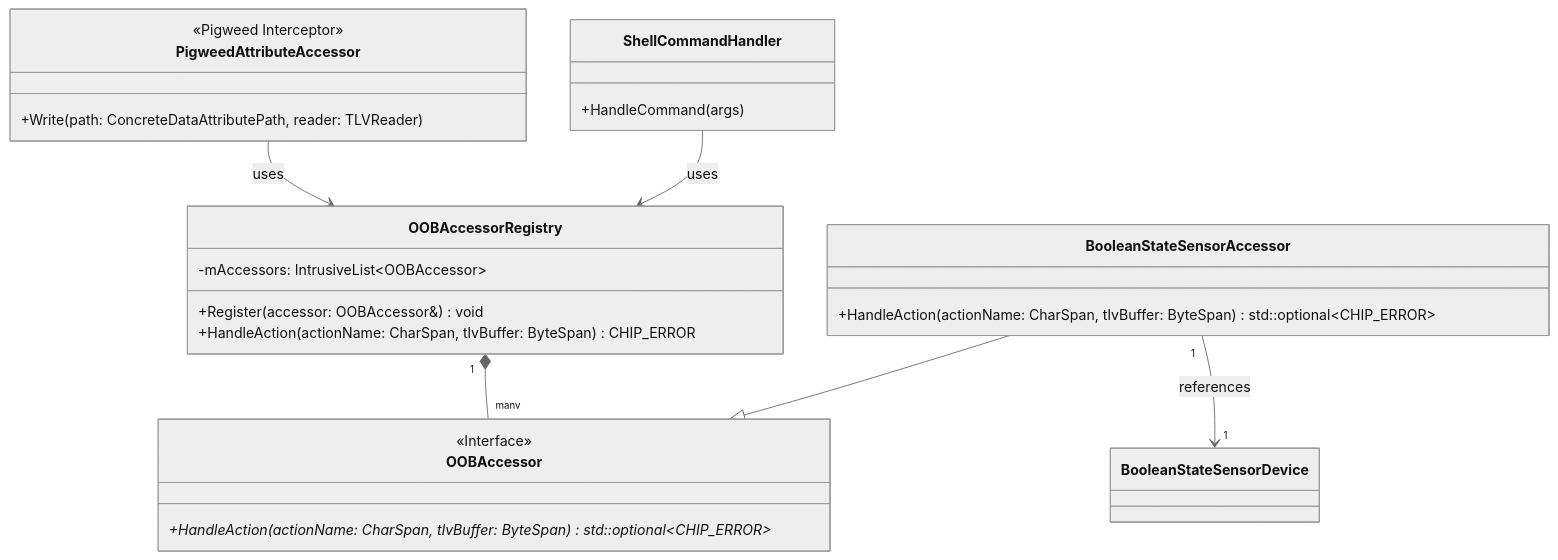
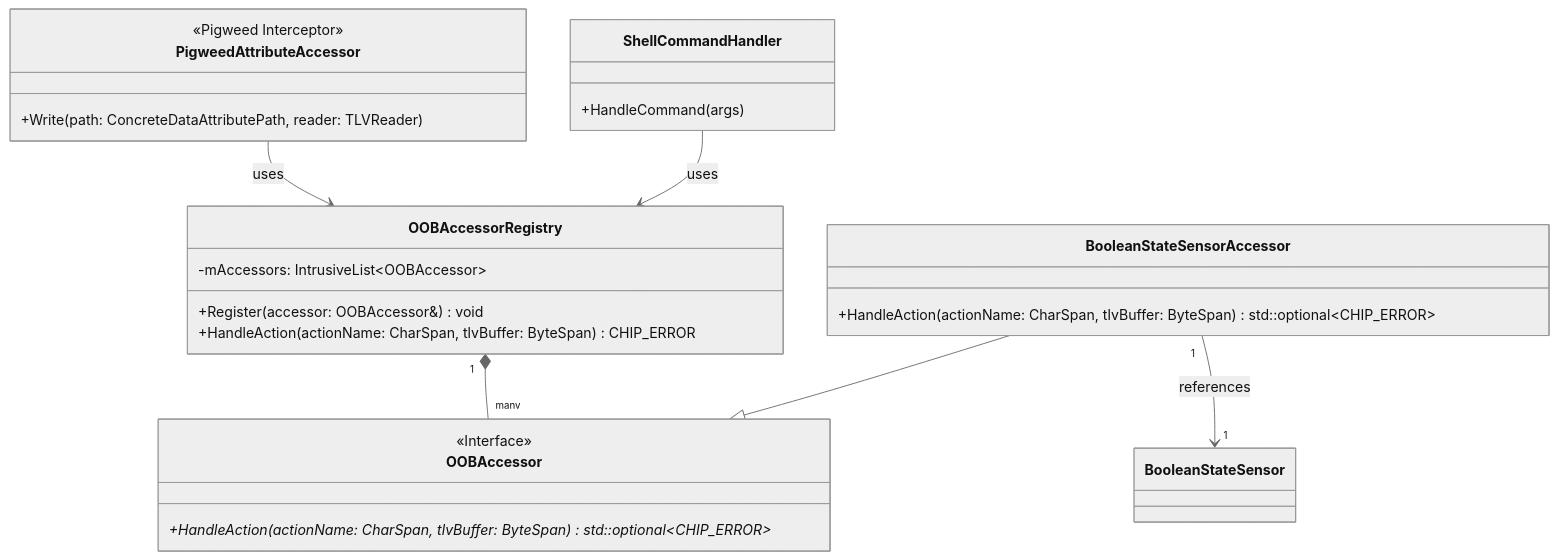
Before and after one commit to project-chip/connectedhomeip: the diagram in examples/all-devices-app/all-devices-common/oob-accessors/README.md, drawn with Mermaid (neutral theme). The commit also changed 447 other files, not shown here.

````diff
--- a/examples/all-devices-app/all-devices-common/oob-accessors/README.md
+++ b/examples/all-devices-app/all-devices-common/oob-accessors/README.md
@@ -18,31 +18,31 @@
 ```mermaid
 classDiagram
     class OOBAccessorRegistry {
         -mAccessors: IntrusiveList~OOBAccessor~
         +Register(accessor: OOBAccessor&) void
         +HandleAction(actionName: CharSpan, tlvBuffer: ByteSpan) CHIP_ERROR
     }
     class OOBAccessor {
         <<Interface>>
         +HandleAction(actionName: CharSpan, tlvBuffer: ByteSpan) std::optional~CHIP_ERROR~*
     }
     class BooleanStateSensorAccessor {
         +HandleAction(actionName: CharSpan, tlvBuffer: ByteSpan) std::optional~CHIP_ERROR~
     }
-    class BooleanStateSensorDevice {
+    class BooleanStateSensor {
     }
 
     class PigweedAttributeAccessor {
         <<Pigweed Interceptor>>
         +Write(path: ConcreteDataAttributePath, reader: TLVReader)
     }
     class ShellCommandHandler {
         +HandleCommand(args)
     }
 
     OOBAccessorRegistry "1" *-- "many" OOBAccessor
     BooleanStateSensorAccessor --|> OOBAccessor
-    BooleanStateSensorAccessor "1" --> "1" BooleanStateSensorDevice : references
+    BooleanStateSensorAccessor "1" --> "1" BooleanStateSensor : references
     PigweedAttributeAccessor --> OOBAccessorRegistry : uses
     ShellCommandHandler --> OOBAccessorRegistry : uses
 ```
````
